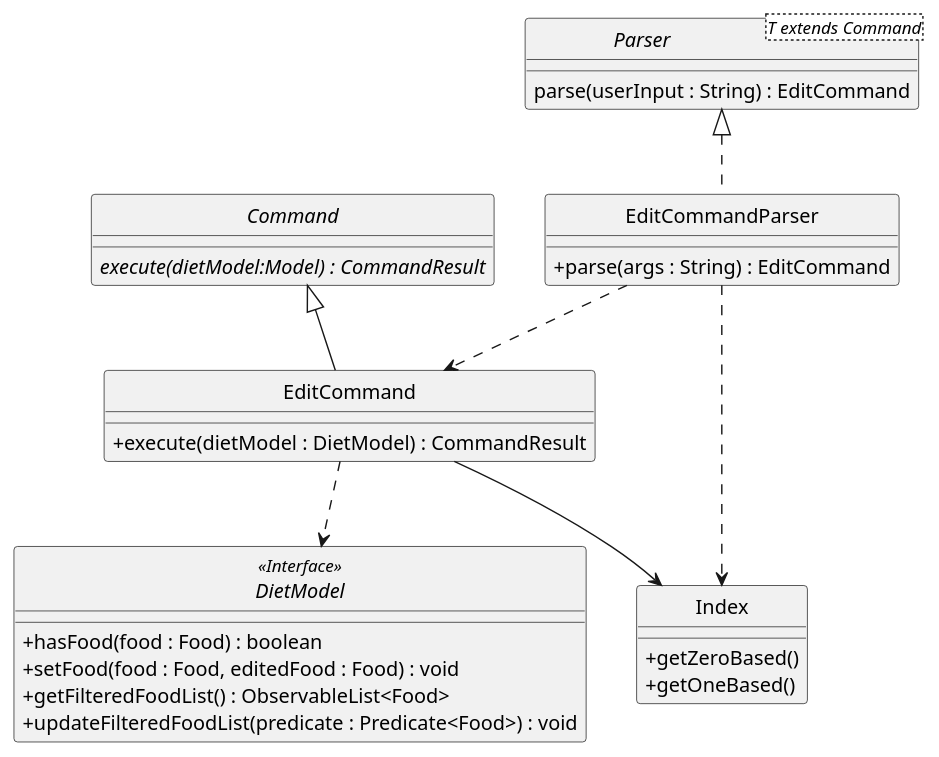
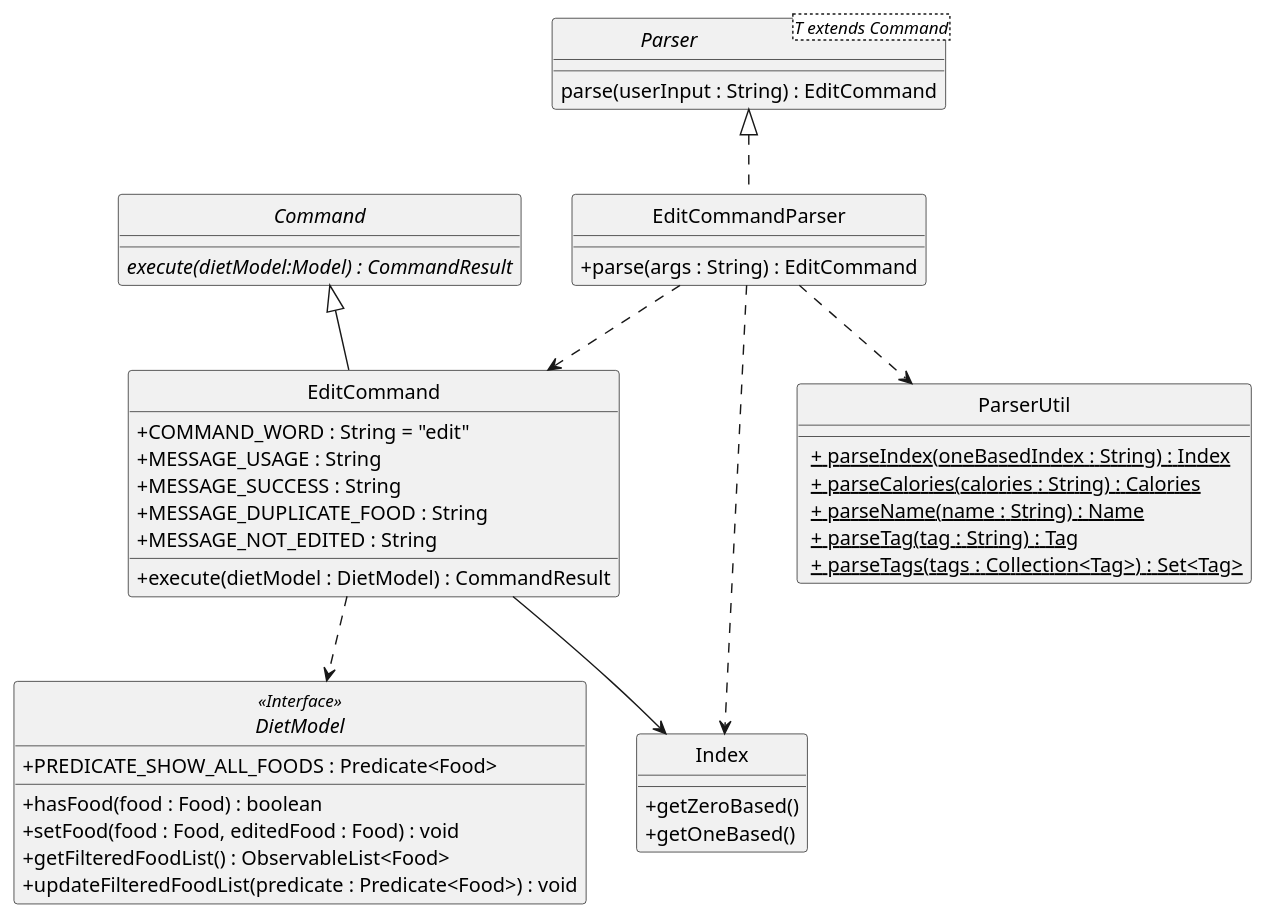
One commit to nus-cs2103-AY1920S2/addressbook-level3 changed the diagram in docs/diagrams/DietTrackerEditCommandClassDiagram.puml. Above: the diagram before and after it, drawn with PlantUML. The commit also changed 3 other files, not shown here.

Commit message:
Update class diagrams

```diff
--- a/docs/diagrams/DietTrackerEditCommandClassDiagram.puml
+++ b/docs/diagrams/DietTrackerEditCommandClassDiagram.puml
@@ -1,50 +1,66 @@
 @startuml
 /' @author @akhilvuputuri'/
 /' Got inspiration and adapted
 from https://github.com/AY1920S2-CS2103T-W12-1/main/blob/master/docs/images/DeliveredClassDiagram.png '/
 
 skinparam backgroundColor #ffffff
 skinparam classAttributeIconSize 0
 hide circle
 
 
 class EditCommandParser implements Parser {
     /' Methods '/
     + parse(args : String) : EditCommand
 }
 
 interface Parser<T extends Command> {
     parse(userInput : String) : EditCommand
 }
 
 abstract class Command {
     {abstract} execute(dietModel:Model) : CommandResult
 }
 
 class EditCommand extends Command {
     /' Fields '/
+    + COMMAND_WORD : String = "edit"
+    + MESSAGE_USAGE : String
+    + MESSAGE_SUCCESS : String
+    + MESSAGE_DUPLICATE_FOOD : String
+    + MESSAGE_NOT_EDITED : String
 
     /' Methods '/
     + execute(dietModel : DietModel) : CommandResult
 
 }
 
 interface DietModel <<Interface>> {
+    + PREDICATE_SHOW_ALL_FOODS : Predicate<Food>
+
     + hasFood(food : Food) : boolean
     + setFood(food : Food, editedFood : Food) : void
     + getFilteredFoodList() : ObservableList<Food>
     + updateFilteredFoodList(predicate : Predicate<Food>) : void
 }
 
 class Index {
     + getZeroBased()
     + getOneBased()
 }
 
+class ParserUtil {
+    <u> + parseIndex(oneBasedIndex : String) : Index
+    <u> + parseCalories(calories : String) : Calories
+    <u> + parseName(name : String) : Name
+    <u> + parseTag(tag : String) : Tag
+    <u> + parseTags(tags : Collection<Tag>) : Set<Tag>
+}
+
 
 EditCommandParser ..> EditCommand
+EditCommandParser ..> ParserUtil
 EditCommand ..> DietModel
 EditCommandParser ..> Index
 EditCommand --> Index
 
 @enduml
```
